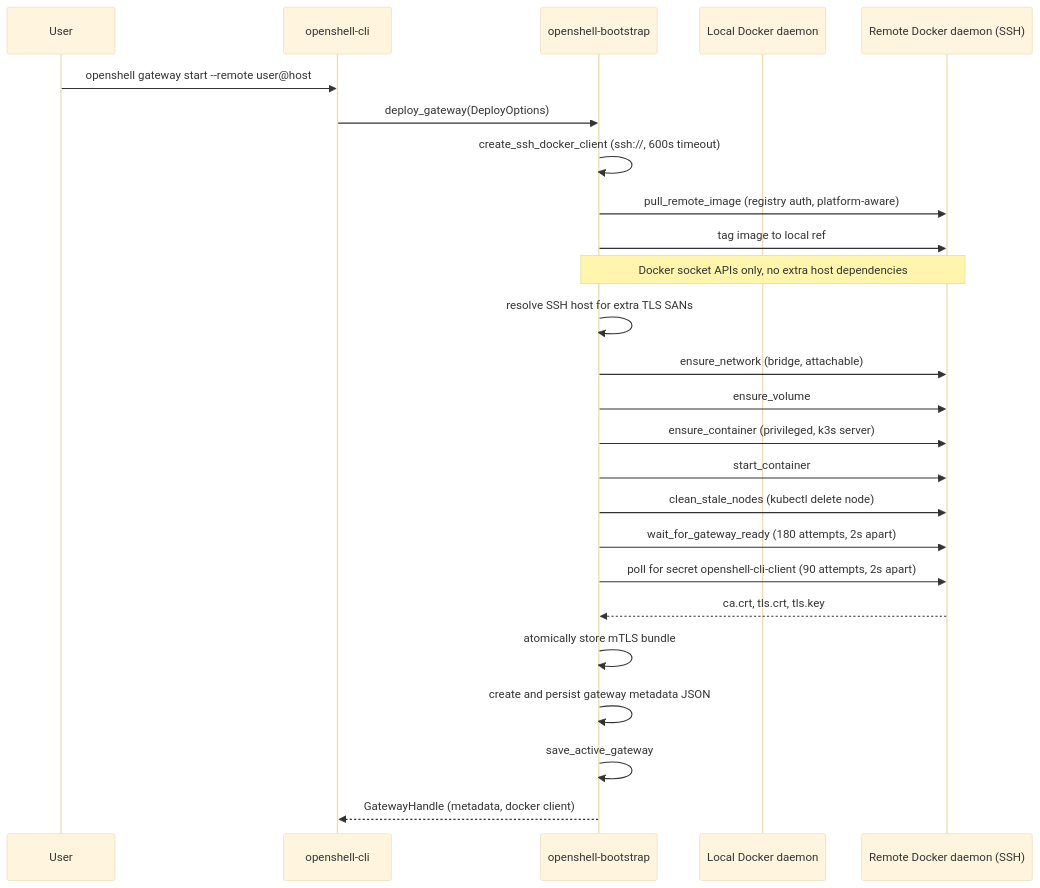
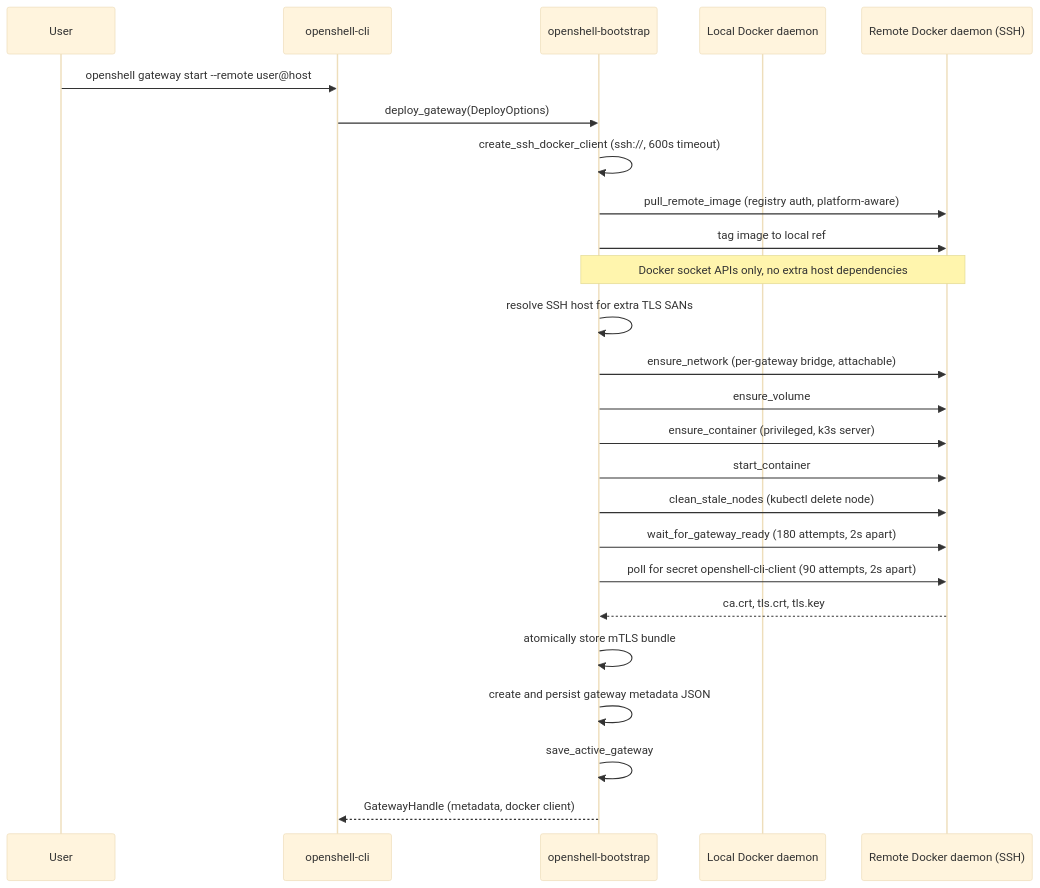
One commit to NVIDIA/OpenShell changed the first of 3 diagrams in architecture/gateway-single-node.md. Above: the diagram before and after it, drawn with Mermaid (base theme). The commit also changed other lines of this file and 3 other files, not shown here.

First line of the commit message:
feat(bootstrap): restore per-gateway Docker bridge networks

````diff
--- a/architecture/gateway-single-node.md
+++ b/architecture/gateway-single-node.md
@@ -76,31 +76,31 @@
 ```mermaid
 sequenceDiagram
   participant U as User
   participant C as openshell-cli
   participant B as openshell-bootstrap
   participant L as Local Docker daemon
   participant R as Remote Docker daemon (SSH)
 
   U->>C: openshell gateway start --remote user@host
   C->>B: deploy_gateway(DeployOptions)
 
   B->>B: create_ssh_docker_client (ssh://, 600s timeout)
   B->>R: pull_remote_image (registry auth, platform-aware)
   B->>R: tag image to local ref
 
   Note over B,R: Docker socket APIs only, no extra host dependencies
 
   B->>B: resolve SSH host for extra TLS SANs
-  B->>R: ensure_network (bridge, attachable)
+  B->>R: ensure_network (per-gateway bridge, attachable)
   B->>R: ensure_volume
   B->>R: ensure_container (privileged, k3s server)
   B->>R: start_container
   B->>R: clean_stale_nodes (kubectl delete node)
   B->>R: wait_for_gateway_ready (180 attempts, 2s apart)
   B->>R: poll for secret openshell-cli-client (90 attempts, 2s apart)
   R-->>B: ca.crt, tls.crt, tls.key
   B->>B: atomically store mTLS bundle
   B->>B: create and persist gateway metadata JSON
   B->>B: save_active_gateway
   B-->>C: GatewayHandle (metadata, docker client)
 ```
````
